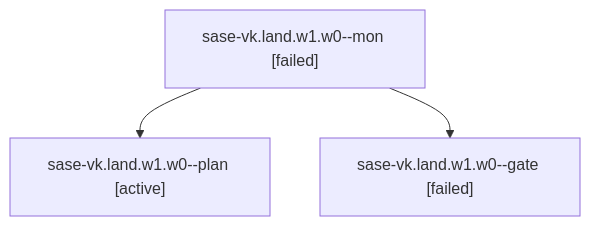
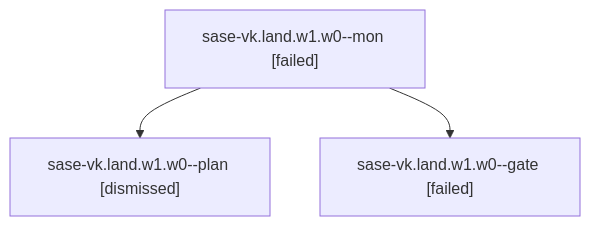
Before and after one commit to sase-org/sase--agents: the diagram in sessions/bbugyi200.athena.sase-vk.land.w1.w0.md, drawn with Mermaid. The commit also changed other lines of this file and 79 other files, not shown here.

````diff
--- a/sessions/bbugyi200.athena.sase-vk.land.w1.w0.md
+++ b/sessions/bbugyi200.athena.sase-vk.land.w1.w0.md
@@ -9,8 +9,8 @@
 ```mermaid
 flowchart TD
   n0["sase-vk.land.w1.w0--mon [failed]"]
-  n1["sase-vk.land.w1.w0--plan [active]"]
+  n1["sase-vk.land.w1.w0--plan [dismissed]"]
   n0 --> n1
   n2["sase-vk.land.w1.w0--gate [failed]"]
   n0 --> n2
 ```
````
